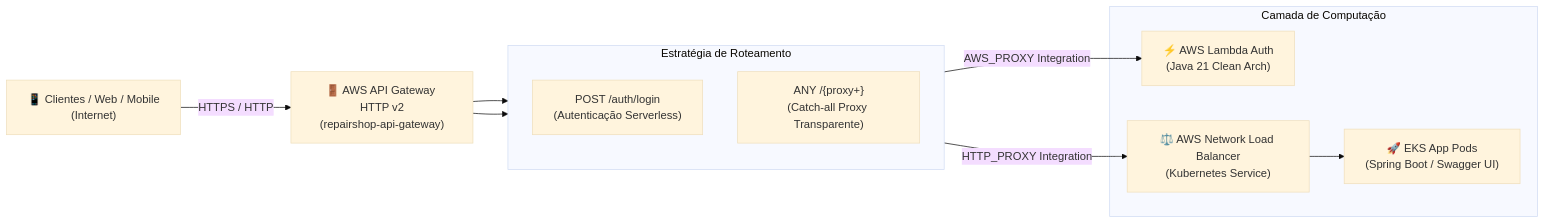
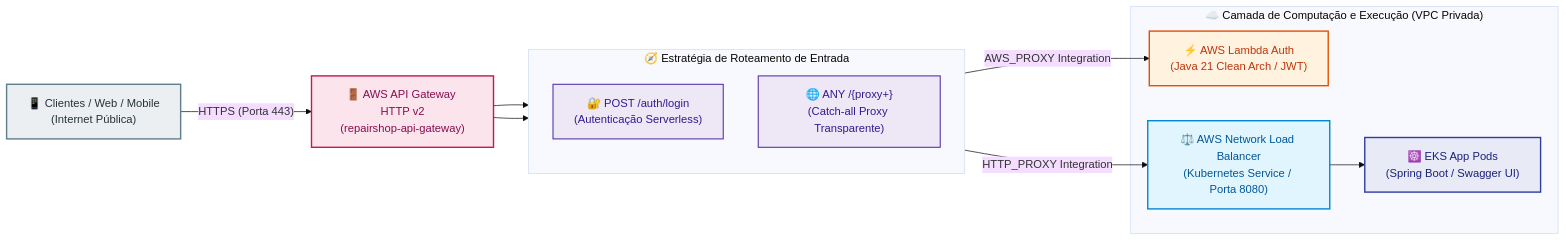
The first of 3 diagrams in README.md (tech-challenge-fiap-repairshop/tech-challenge-repairshop-infra-apigateway), drawn with Mermaid (base theme) before and after one commit. The commit also changed other lines of this file, not shown here.

Commit message:
docs: standardize Mermaid diagrams with enhanced styling, spacing and Git Flow

````diff
--- a/README.md
+++ b/README.md
@@ -35,20 +35,28 @@
 ```mermaid
 flowchart LR
-    Client["📱 Clientes / Web / Mobile\n(Internet)"] -->|"HTTPS / HTTP"| APIGW["🚪 AWS API Gateway HTTP v2\n(repairshop-api-gateway)"]
+    %% Definições de Estilo
+    classDef clientStyle fill:#ECEFF1,stroke:#607D8B,stroke-width:2px,color:#263238
+    classDef apigwStyle fill:#FCE4EC,stroke:#C2185B,stroke-width:2px,color:#880E4F
+    classDef routeStyle fill:#EDE7F6,stroke:#512DA8,stroke-width:1.5px,color:#311B92
+    classDef lambdaStyle fill:#FFF3E0,stroke:#E65100,stroke-width:2px,color:#BF360C
+    classDef nlbStyle fill:#E1F5FE,stroke:#0288D1,stroke-width:2px,color:#01579B
+    classDef eksStyle fill:#E8EAF6,stroke:#303F9F,stroke-width:2px,color:#1A237E
+
+    Client["📱 Clientes / Web / Mobile\n(Internet Pública)"]:::clientStyle -->|"HTTPS (Porta 443)"| APIGW["🚪 AWS API Gateway HTTP v2\n(repairshop-api-gateway)"]:::apigwStyle
     
-    subgraph Routes["Estratégia de Roteamento"]
+    subgraph Routes["🧭 Estratégia de Roteamento de Entrada"]
         direction TB
-        AuthRoute["POST /auth/login\n(Autenticação Serverless)"]
-        ProxyRoute["ANY /{proxy+}\n(Catch-all Proxy Transparente)"]
+        AuthRoute["🔐 POST /auth/login\n(Autenticação Serverless)"]:::routeStyle
+        ProxyRoute["🌐 ANY /{proxy+}\n(Catch-all Proxy Transparente)"]:::routeStyle
     end
 
-    subgraph AWS_Compute["Camada de Computação"]
-        Lambda["⚡ AWS Lambda Auth\n(Java 21 Clean Arch)"]
-        NLB["⚖️ AWS Network Load Balancer\n(Kubernetes Service)"]
-        EKSPods["🚀 EKS App Pods\n(Spring Boot / Swagger UI)"]
+    subgraph AWS_Compute["☁️ Camada de Computação e Execução (VPC Privada)"]
+        Lambda["⚡ AWS Lambda Auth\n(Java 21 Clean Arch / JWT)"]:::lambdaStyle
+        NLB["⚖️ AWS Network Load Balancer\n(Kubernetes Service / Porta 8080)"]:::nlbStyle
+        EKSPods["☸️ EKS App Pods\n(Spring Boot / Swagger UI)"]:::eksStyle
     end
 
     APIGW --> AuthRoute -->|"AWS_PROXY Integration"| Lambda
     APIGW --> ProxyRoute -->|"HTTP_PROXY Integration"| NLB
     NLB --> EKSPods
 ```
````
